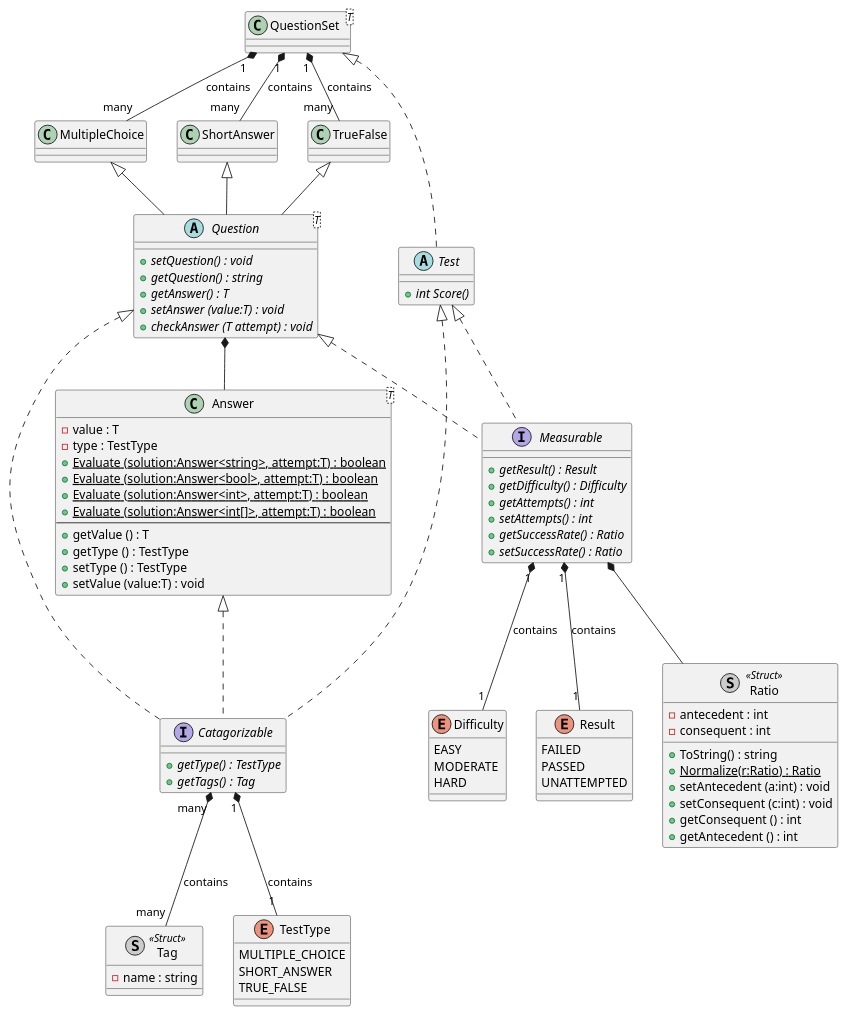
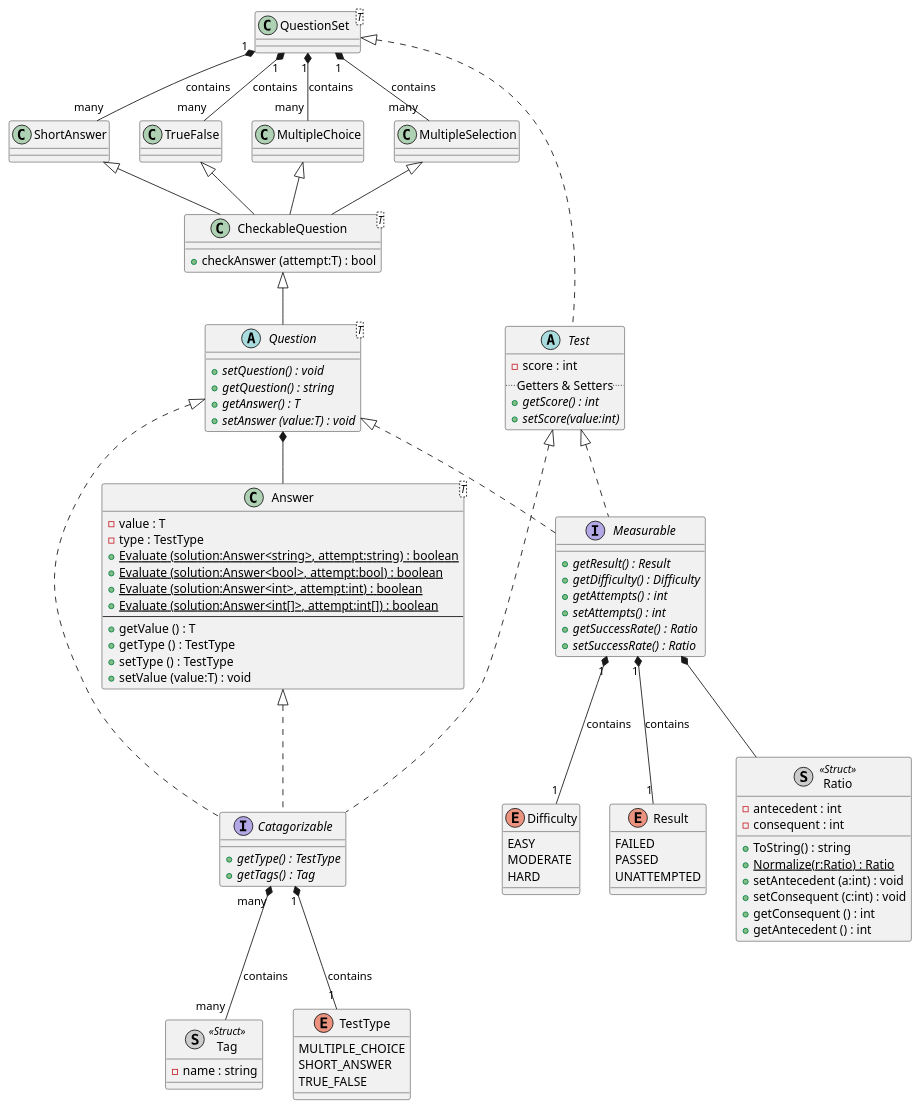
The diagram in uml/classes.puml (benjm-ma/quizzical), drawn with PlantUML before and after one commit.

Commit message:
Removed CheckAnswer from concrete question classes. They inherit the method from 'CheckableQuesiton' now.

```diff
--- a/uml/classes.puml
+++ b/uml/classes.puml
@@ -1,110 +1,113 @@
 @startuml quizr
 
 
 class Tag << (S,#cccccc) Struct >>
 class Tag {
     - name : string
 }
 
 class Ratio << (S,#cccccc) Struct >>
 class Ratio {
     - antecedent : int
     - consequent : int
     + ToString() : string
     + {static} Normalize(r:Ratio) : Ratio
     + setAntecedent (a:int) : void
     + setConsequent (c:int) : void
     + getConsequent () : int
     + getAntecedent () : int
 }
 
 Measurable *-- Ratio
 interface Measurable {
     + {abstract} getResult() : Result
     + {abstract} getDifficulty() : Difficulty
     + {abstract} getAttempts() : int
     + {abstract} setAttempts() : int
     + {abstract} getSuccessRate() : Ratio
     + {abstract} setSuccessRate() : Ratio
 }
 
 Measurable "1" *-- "1" Difficulty : contains
 enum Difficulty {
     EASY
     MODERATE
     HARD
 }
 
 Measurable "1" *-- "1" Result : contains
 enum Result {
     FAILED
     PASSED
     UNATTEMPTED
 }
 
-Catagorizable "1" *-- "1" TestType : contains
 Catagorizable "many" *-- "many" Tag :  contains
 interface Catagorizable {
     + {abstract} getType() : TestType
     + {abstract} getTags() : Tag
 }
 
+Catagorizable "1" *-- "1" TestType : contains
+enum TestType {
+    MULTIPLE_CHOICE
+    SHORT_ANSWER
+    TRUE_FALSE
+}
+
+Question <|..Catagorizable
 Question <|.. Measurable
+Question *-- Answer
 abstract Question <T> {
     + {abstract} setQuestion() : void
     + {abstract} getQuestion() : string
     + {abstract} getAnswer() : T
     + {abstract} setAnswer (value:T) : void
-    + {abstract} checkAnswer (T attempt) : void
+}
+
+CheckableQuestion <|-- Question
+class CheckableQuestion <T> {
+    + checkAnswer (attempt:T) : bool
 }
 
 
-enum TestType {
-    MULTIPLE_CHOICE
-    SHORT_ANSWER
-    TRUE_FALSE
-}
-Question       <|..Catagorizable
-MultipleChoice <|--Question
-ShortAnswer    <|--Question
-TrueFalse      <|--Question
-
-class ShortAnswer {
-
-}
-class TrueFalse {
-
-}
+MultipleChoice    <|--CheckableQuestion
+MultipleSelection <|--CheckableQuestion
+ShortAnswer       <|--CheckableQuestion
+TrueFalse         <|--CheckableQuestion
+class ShortAnswer { }
+class TrueFalse { }
 
 Test <|.. Catagorizable
 Test <|.. Measurable
 abstract Test {
-    + {abstract} int Score()
+    - score : int
+    ..Getters & Setters..
+    + {abstract} getScore() : int
+    + {abstract} setScore(value:int)
 }
 
-class QuestionSet<T> {
-
-}
 
 QuestionSet "1" *-- "many" TrueFalse: contains
 QuestionSet "1" *-- "many" ShortAnswer: contains
 QuestionSet "1" *-- "many" MultipleChoice: contains
+QuestionSet "1" *-- "many" MultipleSelection: contains
 QuestionSet <|.. Test
+class QuestionSet<T> { }
 
-Question *-- Answer
 Answer <|.. Catagorizable
 class Answer<T> {
     - value : T
     - type : TestType
-    + {static} Evaluate (solution:Answer<string>, attempt:T) : boolean
-    + {static} Evaluate (solution:Answer<bool>, attempt:T) : boolean
-    + {static} Evaluate (solution:Answer<int>, attempt:T) : boolean
-    + {static} Evaluate (solution:Answer<int[]>, attempt:T) : boolean
+    + {static} Evaluate (solution:Answer<string>, attempt:string) : boolean
+    + {static} Evaluate (solution:Answer<bool>, attempt:bool) : boolean
+    + {static} Evaluate (solution:Answer<int>, attempt:int) : boolean
+    + {static} Evaluate (solution:Answer<int[]>, attempt:int[]) : boolean
     --
     + getValue () : T
     + getType () : TestType
     + setType () : TestType
     + setValue (value:T) : void
 }
 
 @enduml
```
